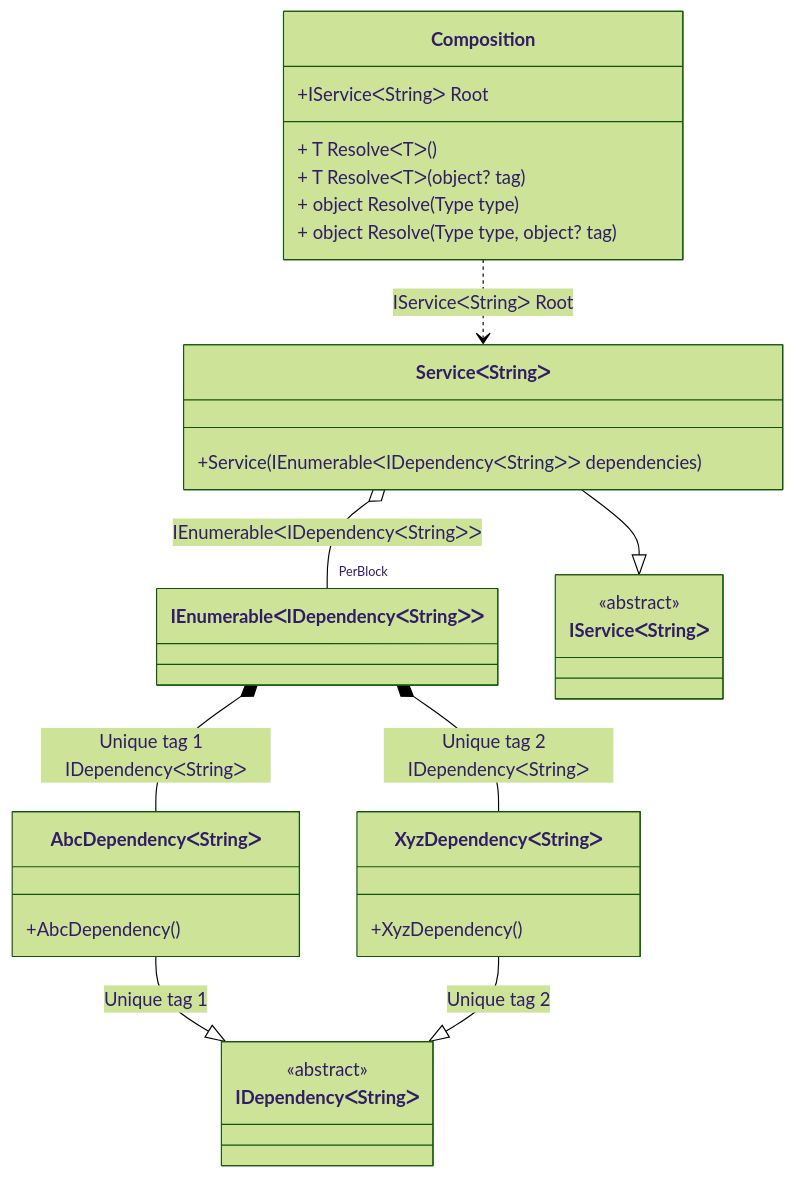
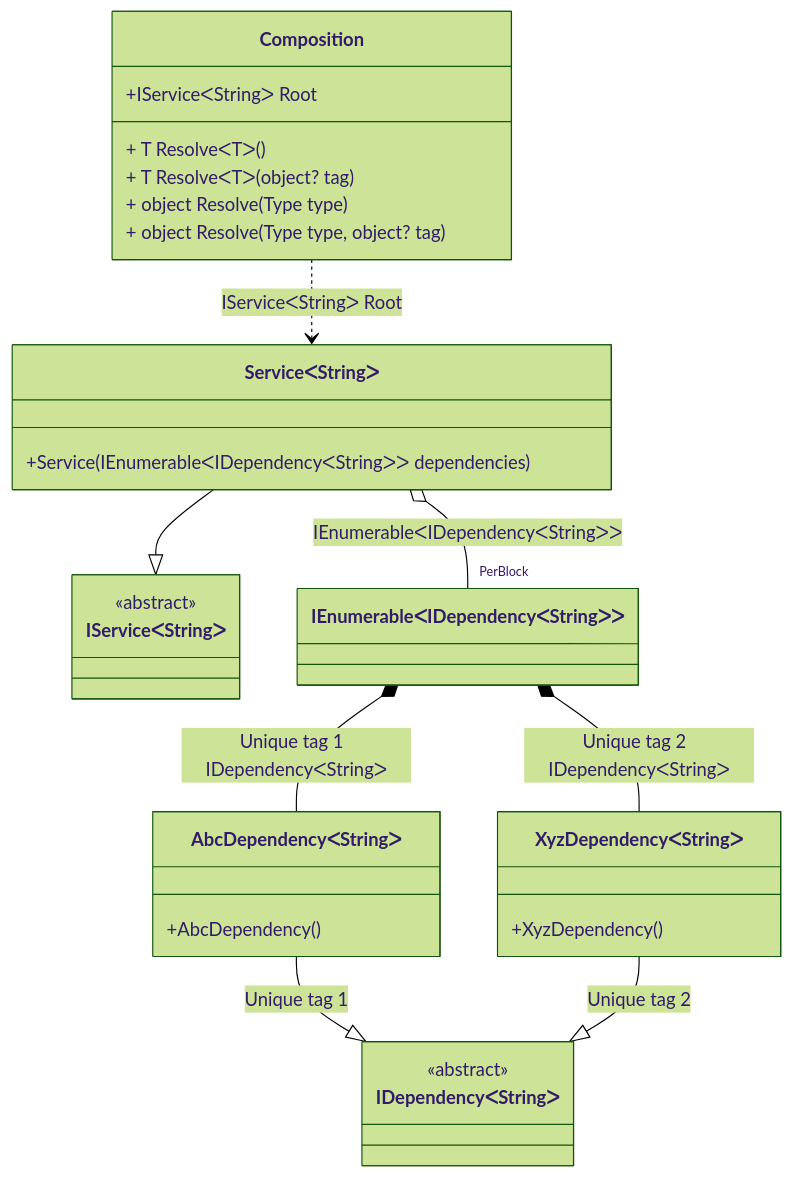
The diagram in readme/tag-unique.md (DevTeam/Pure.DI), drawn with Mermaid (forest theme) before and after one commit. The commit also changed other lines of this file and 103 other files, not shown here.

````diff
--- a/readme/tag-unique.md
+++ b/readme/tag-unique.md
@@ -41,33 +41,33 @@
 ```mermaid
 classDiagram
   class Composition {
     +IServiceᐸStringᐳ Root
     + T ResolveᐸTᐳ()
     + T ResolveᐸTᐳ(object? tag)
     + object Resolve(Type type)
     + object Resolve(Type type, object? tag)
+  }
+  ServiceᐸStringᐳ --|> IServiceᐸStringᐳ : 
+  class ServiceᐸStringᐳ {
+    +Service(IEnumerableᐸIDependencyᐸStringᐳᐳ dependencies)
   }
   class IEnumerableᐸIDependencyᐸStringᐳᐳ
   AbcDependencyᐸStringᐳ --|> IDependencyᐸStringᐳ : Unique tag 1 
   class AbcDependencyᐸStringᐳ {
     +AbcDependency()
   }
   XyzDependencyᐸStringᐳ --|> IDependencyᐸStringᐳ : Unique tag 2 
   class XyzDependencyᐸStringᐳ {
     +XyzDependency()
   }
-  ServiceᐸStringᐳ --|> IServiceᐸStringᐳ : 
-  class ServiceᐸStringᐳ {
-    +Service(IEnumerableᐸIDependencyᐸStringᐳᐳ dependencies)
+  class IServiceᐸStringᐳ {
+    <<abstract>>
   }
   class IDependencyᐸStringᐳ {
     <<abstract>>
   }
-  class IServiceᐸStringᐳ {
-    <<abstract>>
-  }
+  Composition ..> ServiceᐸStringᐳ : IServiceᐸStringᐳ Root
+  ServiceᐸStringᐳ o--  "PerBlock" IEnumerableᐸIDependencyᐸStringᐳᐳ : IEnumerableᐸIDependencyᐸStringᐳᐳ
   IEnumerableᐸIDependencyᐸStringᐳᐳ *--  AbcDependencyᐸStringᐳ : Unique tag 1  IDependencyᐸStringᐳ
   IEnumerableᐸIDependencyᐸStringᐳᐳ *--  XyzDependencyᐸStringᐳ : Unique tag 2  IDependencyᐸStringᐳ
-  Composition ..> ServiceᐸStringᐳ : IServiceᐸStringᐳ Root
-  ServiceᐸStringᐳ o--  "PerBlock" IEnumerableᐸIDependencyᐸStringᐳᐳ : IEnumerableᐸIDependencyᐸStringᐳᐳ
 ```
````
